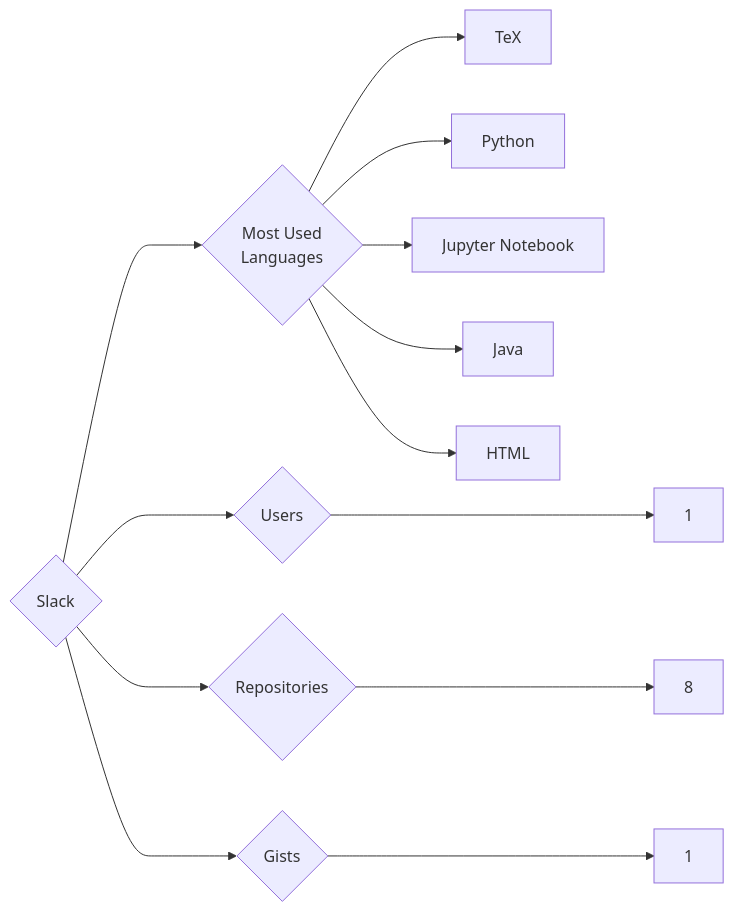
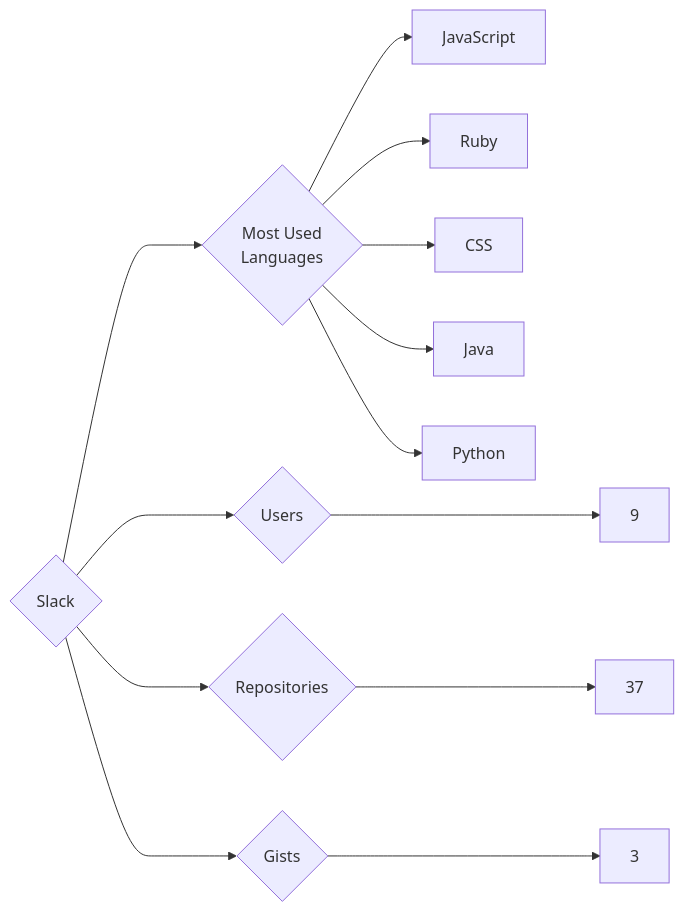
The diagram in targets/Slack/README.md (trickest/insiders), drawn with Mermaid before and after one commit. The commit also changed 728 other files, not shown here.

````diff
--- a/targets/Slack/README.md
+++ b/targets/Slack/README.md
@@ -3,13 +3,13 @@
 ```mermaid
 graph LR
 COMPANY_NAME{Slack}
-COMPANY_NAME ---> U{Users} ---> UN[1]
-COMPANY_NAME ---> R{Repositories} ---> RN[8]
-COMPANY_NAME ---> G{Gists} ---> GN[1]
+COMPANY_NAME ---> U{Users} ---> UN[9]
+COMPANY_NAME ---> R{Repositories} ---> RN[37]
+COMPANY_NAME ---> G{Gists} ---> GN[3]
 COMPANY_NAME ---> ML{Most Used<br>Languages}
-ML --> TeX[TeX]
+ML --> JavaScript[JavaScript]
+ML --> Ruby[Ruby]
+ML --> CSS[CSS]
+ML --> Java[Java]
 ML --> Python[Python]
-ML --> Jupyter_Notebook[Jupyter Notebook]
-ML --> Java[Java]
-ML --> HTML[HTML]
 ```
````
